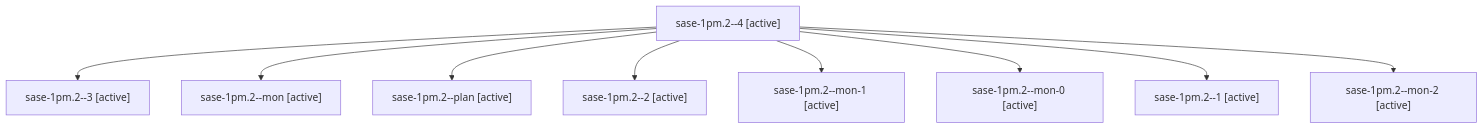
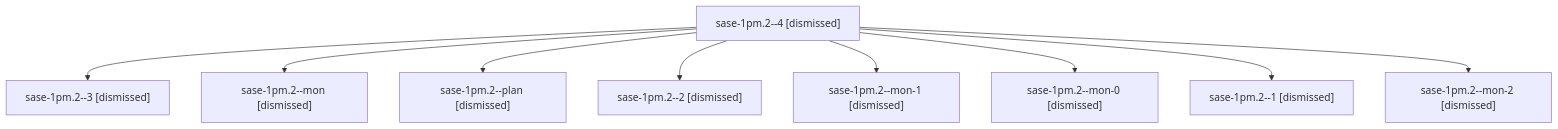
One commit to sase-org/sase--agents changed the diagram in sessions/bbugyi200.athena.sase-1pm.2.md. Above: the diagram before and after it, drawn with Mermaid. The commit also changed other lines of this file and 136 other files, not shown here.

````diff
--- a/sessions/bbugyi200.athena.sase-1pm.2.md
+++ b/sessions/bbugyi200.athena.sase-1pm.2.md
@@ -9,20 +9,20 @@
 ```mermaid
 flowchart TD
-  n0["sase-1pm.2--4 [active]"]
-  n1["sase-1pm.2--3 [active]"]
+  n0["sase-1pm.2--4 [dismissed]"]
+  n1["sase-1pm.2--3 [dismissed]"]
   n0 --> n1
-  n2["sase-1pm.2--mon [active]"]
+  n2["sase-1pm.2--mon [dismissed]"]
   n0 --> n2
-  n3["sase-1pm.2--plan [active]"]
+  n3["sase-1pm.2--plan [dismissed]"]
   n0 --> n3
-  n4["sase-1pm.2--2 [active]"]
+  n4["sase-1pm.2--2 [dismissed]"]
   n0 --> n4
-  n5["sase-1pm.2--mon-1 [active]"]
+  n5["sase-1pm.2--mon-1 [dismissed]"]
   n0 --> n5
-  n6["sase-1pm.2--mon-0 [active]"]
+  n6["sase-1pm.2--mon-0 [dismissed]"]
   n0 --> n6
-  n7["sase-1pm.2--1 [active]"]
+  n7["sase-1pm.2--1 [dismissed]"]
   n0 --> n7
-  n8["sase-1pm.2--mon-2 [active]"]
+  n8["sase-1pm.2--mon-2 [dismissed]"]
   n0 --> n8
 ```
````
